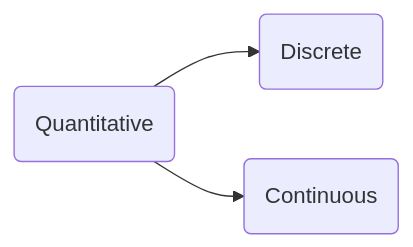
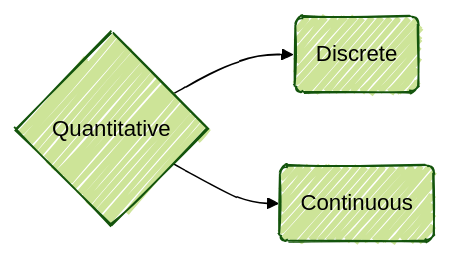
The second of 2 diagrams in slides/01-welcome-slides.qmd (aluby/stat120), drawn with Mermaid before and after one commit. The commit also changed other lines of this file and 4 other files, not shown here.

````diff
--- a/slides/01-welcome-slides.qmd
+++ b/slides/01-welcome-slides.qmd
@@ -346,5 +354,10 @@
 ```{mermaid}
+---
+config:
+  look: handDrawn
+  theme: forest
+---
 flowchart LR
-  A(Quantitative) --> B(Discrete)
+  A{Quantitative} --> B(Discrete)
   A --> C(Continuous)
 ```
````
